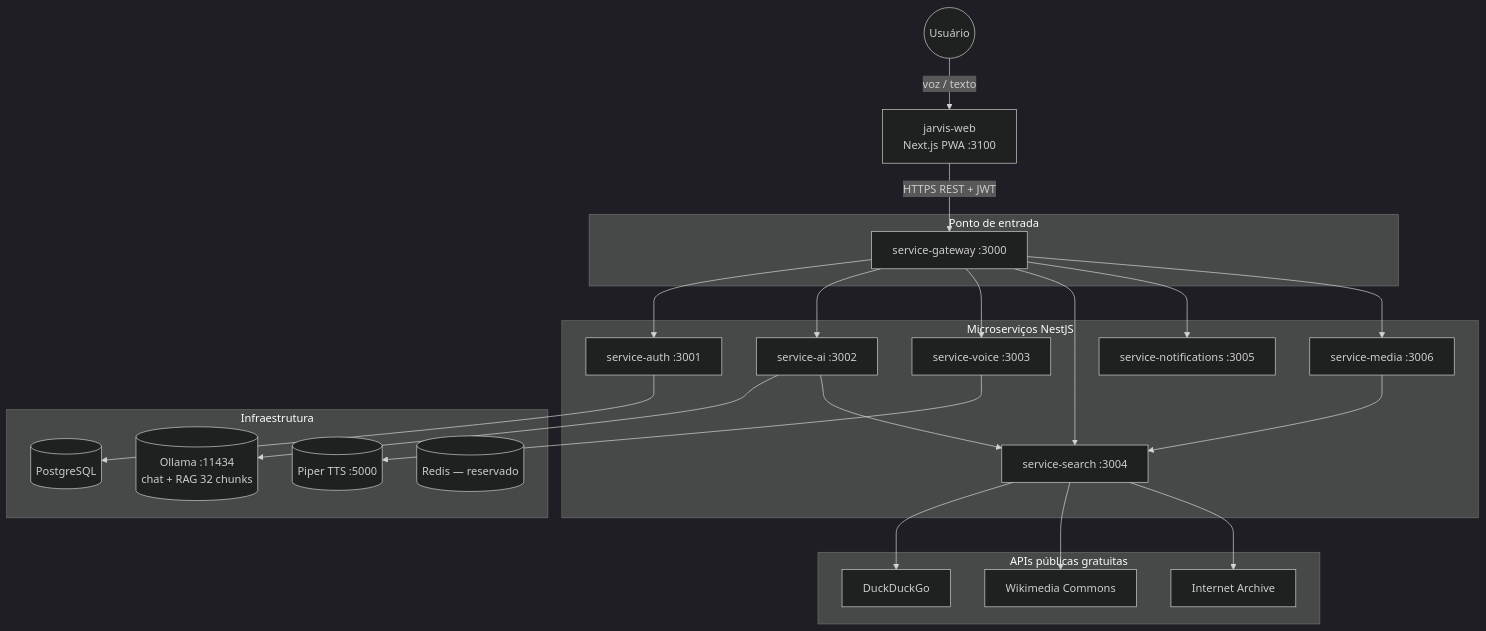
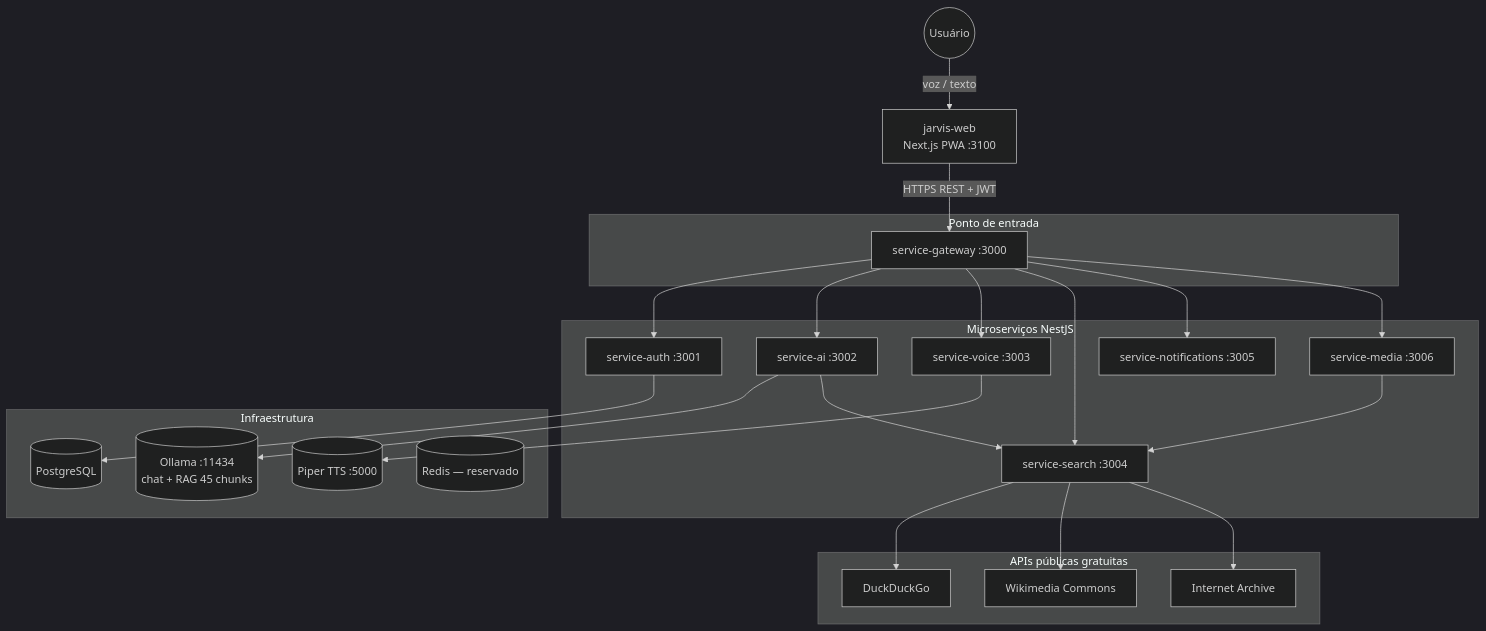
One commit to FranciscoStanley/MyJarvis changed the first of 9 diagrams in docs/architecture.md. Above: the diagram before and after it, drawn with Mermaid (dark theme). The commit also changed other lines of this file and 9 other files, not shown here.

Commit message:
docs: alinha documentacao com aprendizado, peer AIs e RAG 45 chunks

````diff
--- a/docs/architecture.md
+++ b/docs/architecture.md
@@ -11,43 +11,43 @@
 ```mermaid
 flowchart TB
     USER((Usuário))
     WEB[jarvis-web<br/>Next.js PWA :3100]
 
     USER -->|voz / texto| WEB
     WEB -->|HTTPS REST + JWT| GW
 
     subgraph Gateway["Ponto de entrada"]
         GW[service-gateway :3000]
     end
 
     subgraph Microservices["Microserviços NestJS"]
         AUTH[service-auth :3001]
         AI[service-ai :3002]
         VOICE[service-voice :3003]
         SEARCH[service-search :3004]
         NOTIF[service-notifications :3005]
         MEDIA[service-media :3006]
     end
 
     GW --> AUTH & AI & VOICE & SEARCH & NOTIF & MEDIA
 
     subgraph Infra["Infraestrutura"]
         PG[(PostgreSQL)]
-        OLLAMA[(Ollama :11434<br/>chat + RAG 32 chunks)]
+        OLLAMA[(Ollama :11434<br/>chat + RAG 45 chunks)]
         PIPER[(Piper TTS :5000)]
         REDIS[(Redis — reservado)]
     end
 
     subgraph External["APIs públicas gratuitas"]
         DDG[DuckDuckGo]
         WIKI[Wikimedia Commons]
         ARCH[Internet Archive]
     end
 
     AUTH --> PG
     AI --> OLLAMA
     AI --> SEARCH
     VOICE --> PIPER
     SEARCH --> DDG & WIKI & ARCH
     MEDIA --> SEARCH
 ```
````
